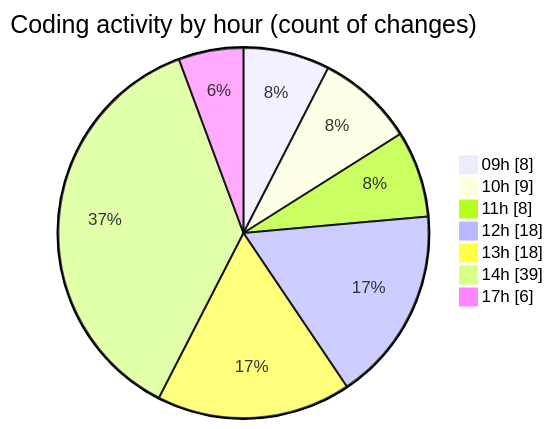
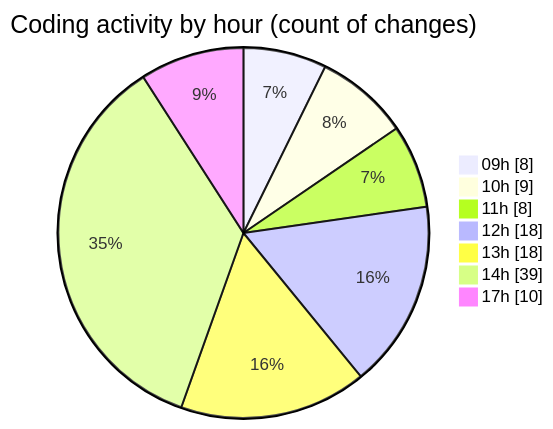
Before and after one commit to momahboobian/code-tracking: the second of 2 diagrams in 2025-02-25/cda/README.md, drawn with Mermaid. The commit also changed other lines of this file and 1 other file, not shown here.

````diff
--- a/2025-02-25/cda/README.md
+++ b/2025-02-25/cda/README.md
@@ -47,11 +48,11 @@
 ```mermaid
 pie showData
 title Coding activity by hour (count of changes)
 "09h" : 8
 "10h" : 9
 "11h" : 8
 "12h" : 18
 "13h" : 18
 "14h" : 39
-"17h" : 6
+"17h" : 10
 ```
````
